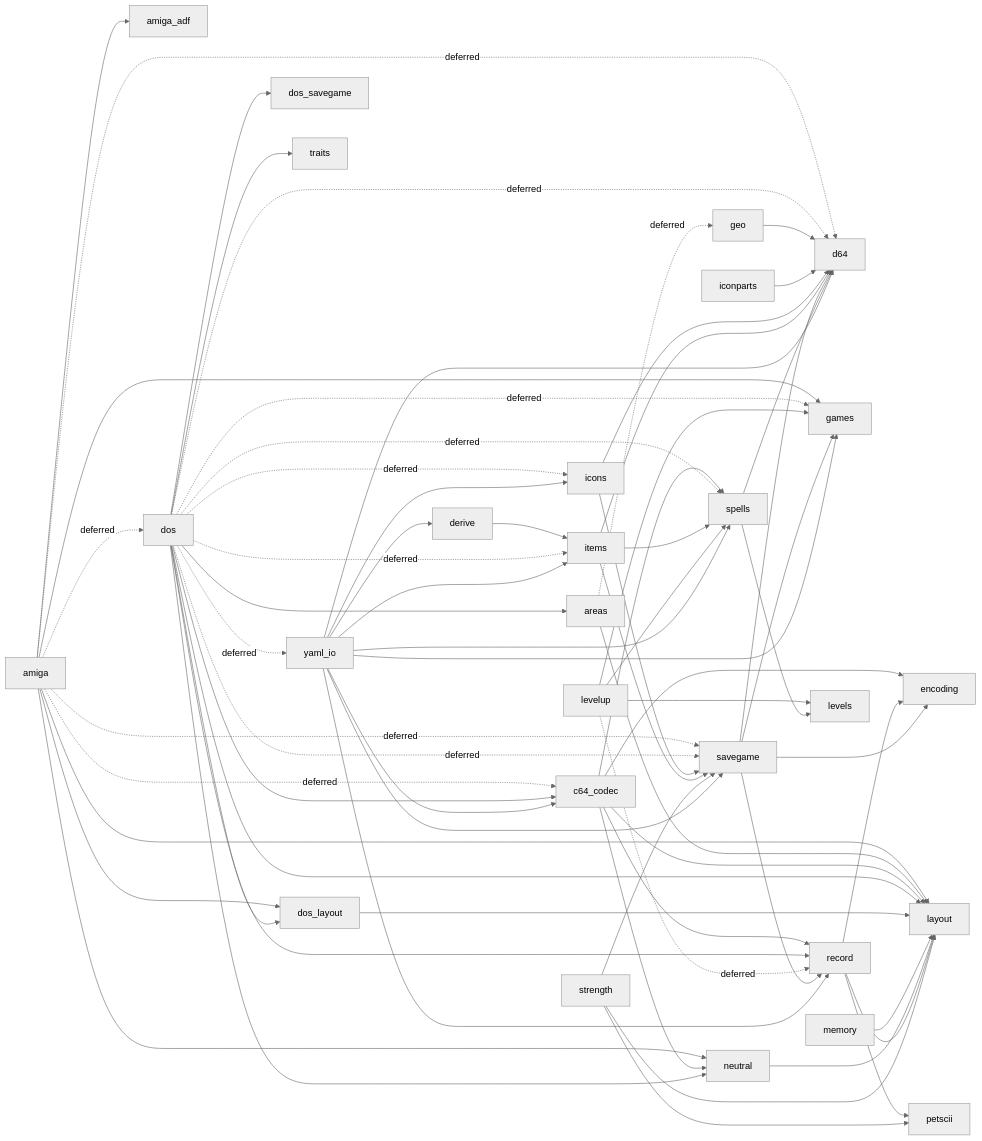
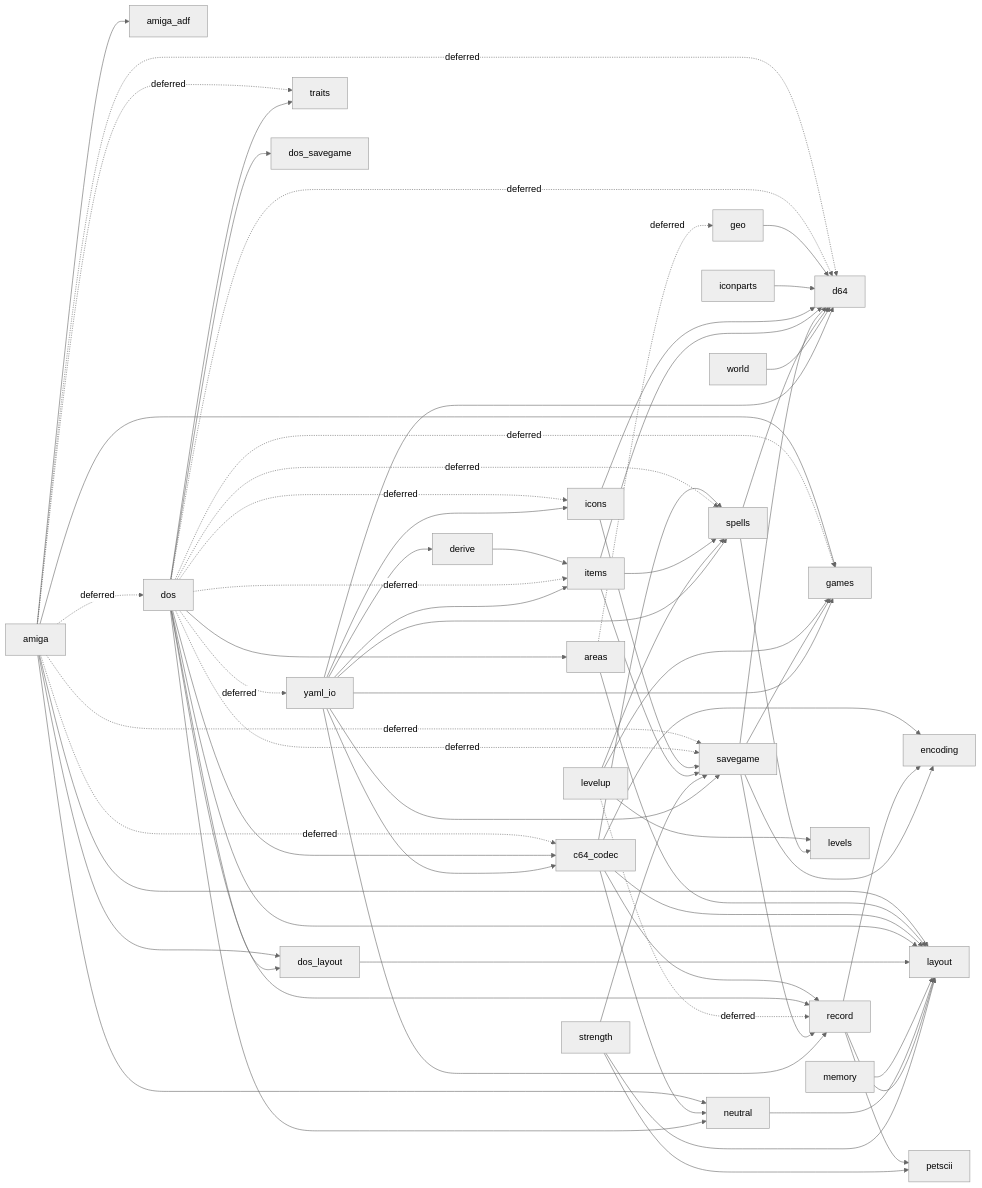
Before and after one commit to malcyon/wish: the fourth of 4 diagrams in docs/117-save-conversion.md, drawn with Mermaid (neutral theme). The commit also changed 7 other files, not shown here.

````diff
--- a/docs/117-save-conversion.md
+++ b/docs/117-save-conversion.md
@@ -1530,70 +1530,72 @@
 ```mermaid
 graph LR
   amiga --> amiga_adf
   amiga -.->|deferred| c64_codec
   amiga -.->|deferred| d64
   amiga -.->|deferred| dos
   amiga --> dos_layout
   amiga --> games
   amiga --> layout
   amiga --> neutral
   amiga -.->|deferred| savegame
+  amiga -.->|deferred| traits
   areas -.->|deferred| geo
   areas --> layout
   c64_codec --> encoding
   c64_codec --> layout
   c64_codec --> neutral
   c64_codec --> record
   c64_codec --> spells
   derive --> items
   dos --> areas
   dos --> c64_codec
   dos -.->|deferred| d64
   dos --> dos_layout
   dos --> dos_savegame
   dos -.->|deferred| games
   dos -.->|deferred| icons
   dos -.->|deferred| items
   dos --> layout
   dos --> neutral
   dos --> record
   dos -.->|deferred| savegame
   dos -.->|deferred| spells
   dos --> traits
   dos -.->|deferred| yaml_io
   dos_layout --> layout
   geo --> d64
   iconparts --> d64
   icons --> d64
   icons --> savegame
   items --> d64
   items --> savegame
   items --> spells
   levelup --> games
   levelup --> levels
   levelup -.->|deferred| record
   levelup --> spells
   memory --> layout
   neutral --> layout
   record --> encoding
   record --> layout
   record --> petscii
   savegame --> d64
   savegame --> encoding
   savegame --> games
   savegame --> record
   spells --> d64
   spells --> levels
   strength --> layout
   strength --> petscii
   strength --> savegame
+  world --> d64
   yaml_io --> c64_codec
   yaml_io --> d64
   yaml_io --> derive
   yaml_io --> games
   yaml_io --> icons
   yaml_io --> items
   yaml_io --> record
   yaml_io --> savegame
   yaml_io --> spells
 ```
````
